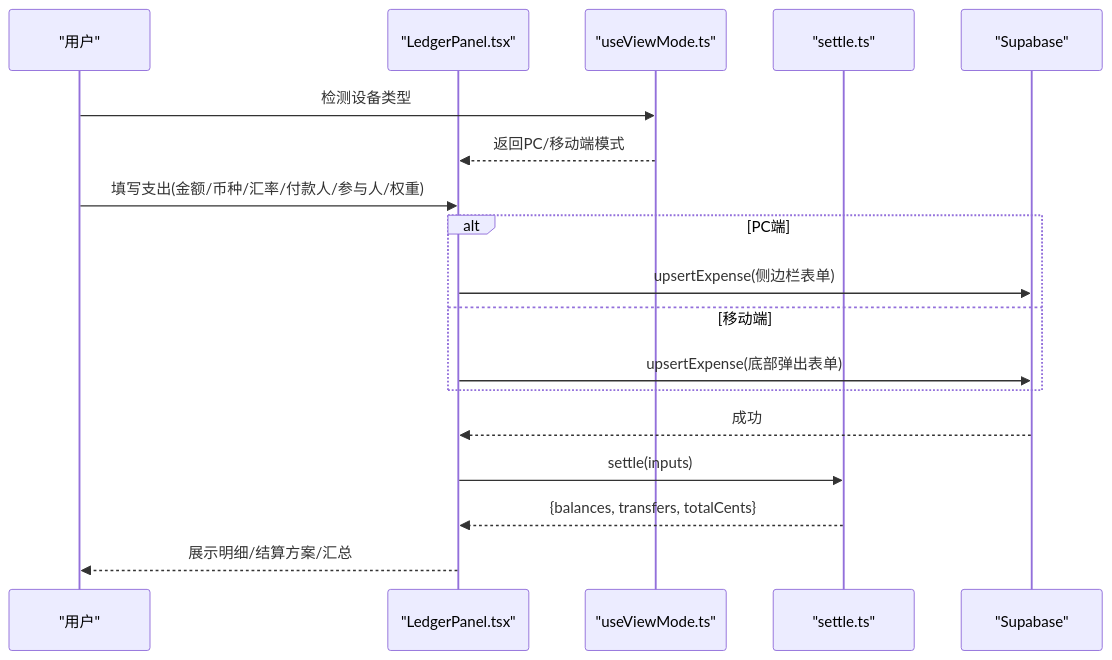
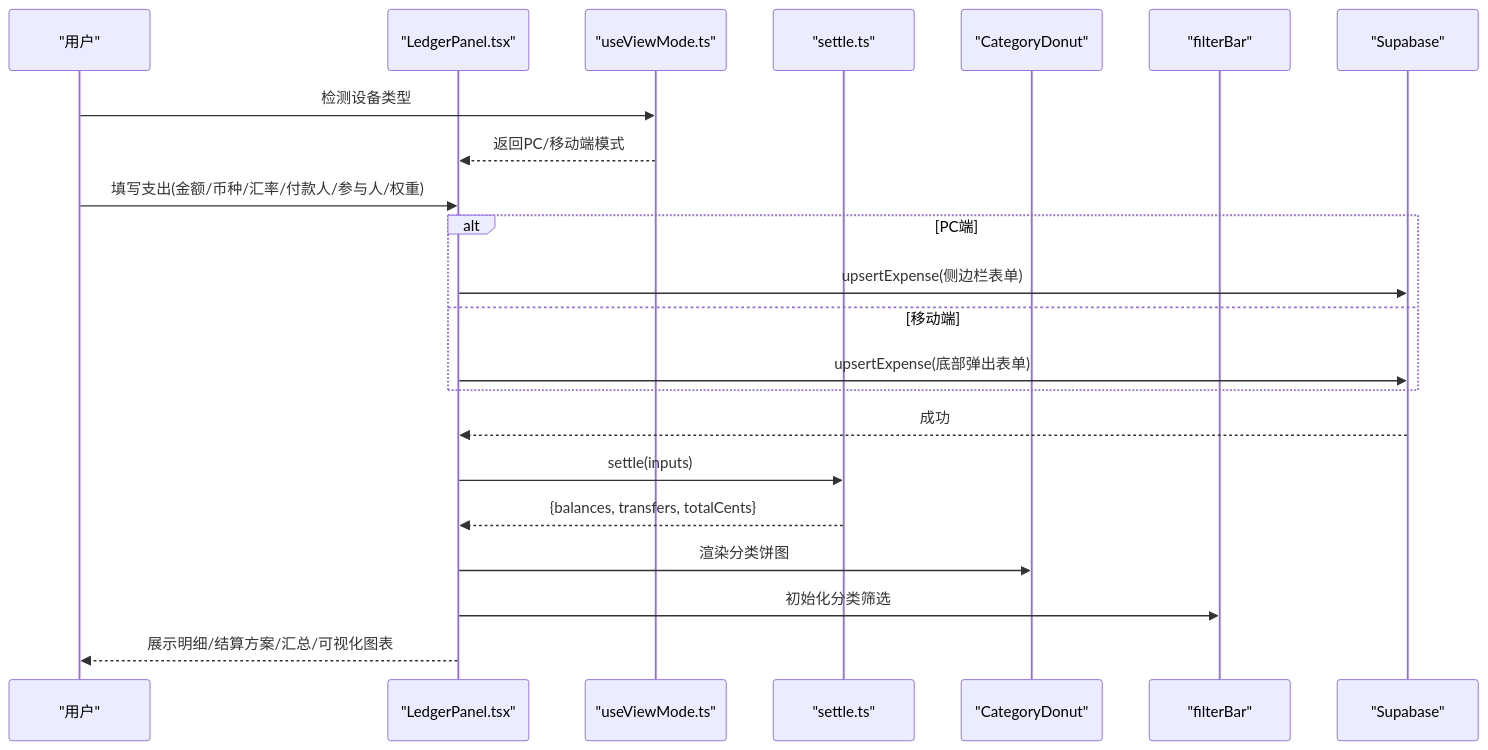
One commit to huangyilu/wanwuyishi changed the second of 9 diagrams in .qoder/repowiki/zh/content/核心功能模块/费用管理模块.md. Above: the diagram before and after it, drawn with Mermaid. The commit also changed other lines of this file and 108 other files, not shown here.

````diff
--- a/.qoder/repowiki/zh/content/核心功能模块/费用管理模块.md
+++ b/.qoder/repowiki/zh/content/核心功能模块/费用管理模块.md
@@ -110,20 +120,24 @@
 ```mermaid
 sequenceDiagram
 participant U as "用户"
 participant UI as "LedgerPanel.tsx"
 participant VM as "useViewMode.ts"
 participant D as "settle.ts"
+participant C as "CategoryDonut"
+participant F as "filterBar"
 participant DB as "Supabase"
 U->>VM : 检测设备类型
 VM-->>UI : 返回PC/移动端模式
 U->>UI : 填写支出(金额/币种/汇率/付款人/参与人/权重)
 alt PC端
 UI->>DB : upsertExpense(侧边栏表单)
 else 移动端
 UI->>DB : upsertExpense(底部弹出表单)
 end
 DB-->>UI : 成功
 UI->>D : settle(inputs)
 D-->>UI : {balances, transfers, totalCents}
-UI-->>U : 展示明细/结算方案/汇总
+UI->>C : 渲染分类饼图
+UI->>F : 初始化分类筛选
+UI-->>U : 展示明细/结算方案/汇总/可视化图表
 ```
````
